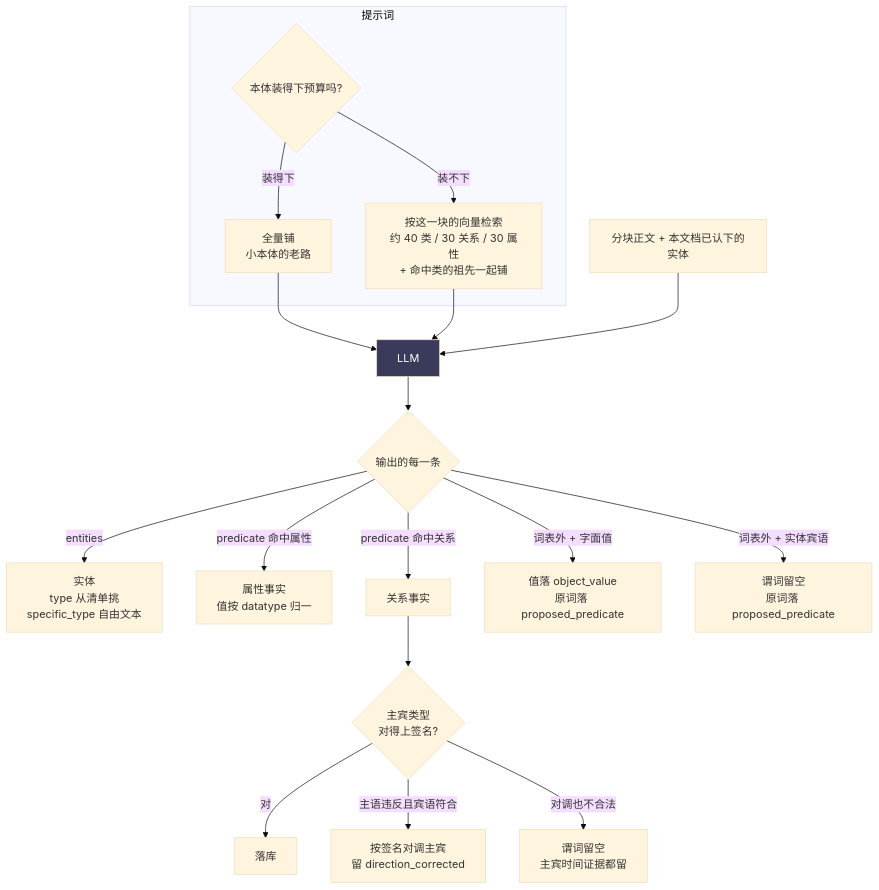
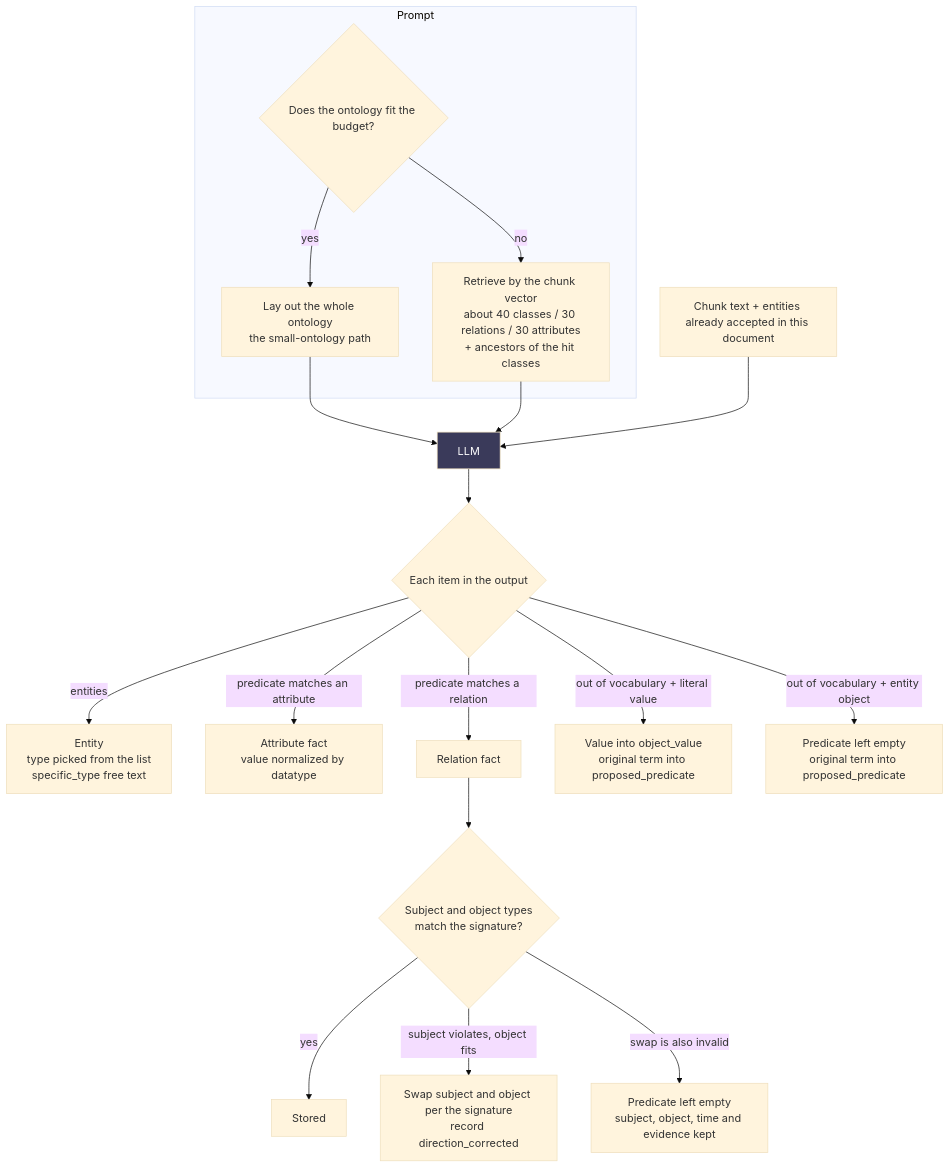
The second of 5 diagrams in docs/pipeline.md (Danmushu/utopia), drawn with Mermaid (base theme) before and after one commit. The commit also changed other lines of this file and 18 other files, not shown here.

````diff
--- a/docs/pipeline.md
+++ b/docs/pipeline.md
@@ -56,23 +49,23 @@
 ```mermaid
 flowchart TB
-    subgraph 提示词
-        B{本体装得下预算吗?}
-        B -->|装得下| FULL[全量铺<br/>小本体的老路]
-        B -->|装不下| RET[按这一块的向量检索<br/>约 40 类 / 30 关系 / 30 属性<br/>+ 命中类的祖先一起铺]
+    subgraph prompt [Prompt]
+        B{Does the ontology fit the budget?}
+        B -->|yes| FULL[Lay out the whole ontology<br/>the small-ontology path]
+        B -->|no| RET[Retrieve by the chunk vector<br/>about 40 classes / 30 relations / 30 attributes<br/>+ ancestors of the hit classes]
     end
     FULL --> LLM[LLM]
     RET --> LLM
-    CHK[分块正文 + 本文档已认下的实体] --> LLM
-    LLM --> J{输出的每一条}
-    J -->|entities| EN[实体<br/>type 从清单挑<br/>specific_type 自由文本]
-    J -->|predicate 命中属性| AT[属性事实<br/>值按 datatype 归一]
-    J -->|predicate 命中关系| RL[关系事实]
-    RL --> DIR{主宾类型<br/>对得上签名?}
-    DIR -->|对| OK[落库]
-    DIR -->|主语违反且宾语符合| SWAP[按签名对调主宾<br/>留 direction_corrected]
-    DIR -->|对调也不合法| NOP[谓词留空<br/>主宾时间证据都留]
-    J -->|词表外 + 字面值| LIT[值落 object_value<br/>原词落 proposed_predicate]
-    J -->|词表外 + 实体宾语| FB[谓词留空<br/>原词落 proposed_predicate]
+    CHK[Chunk text + entities already accepted in this document] --> LLM
+    LLM --> J{Each item in the output}
+    J -->|entities| EN[Entity<br/>type picked from the list<br/>specific_type free text]
+    J -->|predicate matches an attribute| AT[Attribute fact<br/>value normalized by datatype]
+    J -->|predicate matches a relation| RL[Relation fact]
+    RL --> DIR{Subject and object types<br/>match the signature?}
+    DIR -->|yes| OK[Stored]
+    DIR -->|subject violates, object fits| SWAP[Swap subject and object per the signature<br/>record direction_corrected]
+    DIR -->|swap is also invalid| NOP[Predicate left empty<br/>subject, object, time and evidence kept]
+    J -->|out of vocabulary + literal value| LIT[Value into object_value<br/>original term into proposed_predicate]
+    J -->|out of vocabulary + entity object| FB[Predicate left empty<br/>original term into proposed_predicate]
 
     style LLM fill:#3a3a5a,color:#fff
 ```
````
